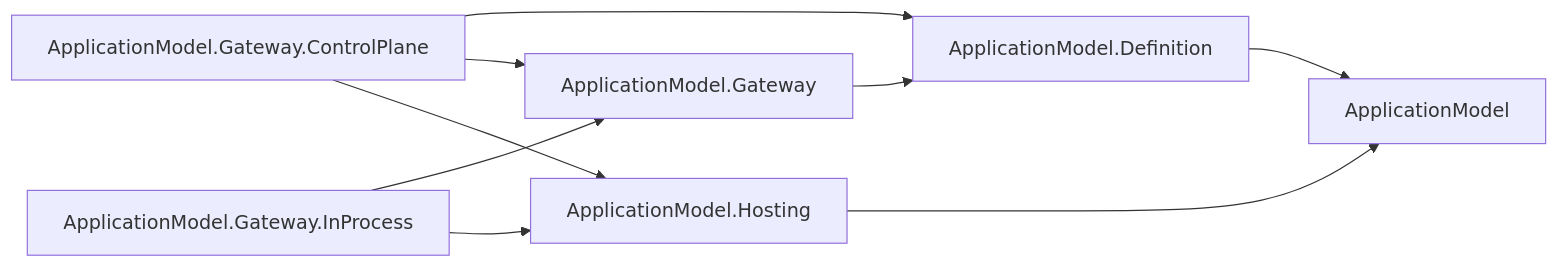
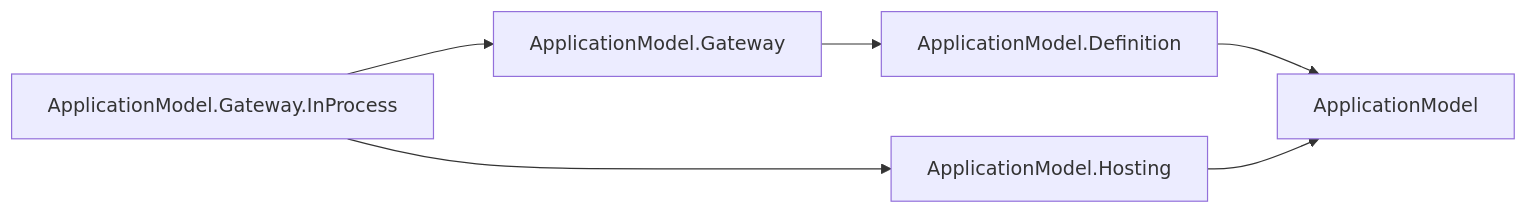
Before and after one commit to assimalign/cohesion: the second of 27 diagrams in docs/DEPENDENCIES.md, drawn with Mermaid. The commit also changed other lines of this file and 49 other files, not shown here.

First line of the commit message:
refactor(application-model): remove the retired gateway control plane

````diff
--- a/docs/DEPENDENCIES.md
+++ b/docs/DEPENDENCIES.md
@@ -161,17 +157,13 @@
 ```mermaid
 flowchart LR
     N0["ApplicationModel"]
     N1["ApplicationModel.Definition"]
     N2["ApplicationModel.Gateway"]
-    N3["ApplicationModel.Gateway.ControlPlane"]
-    N4["ApplicationModel.Gateway.InProcess"]
-    N5["ApplicationModel.Hosting"]
+    N3["ApplicationModel.Gateway.InProcess"]
+    N4["ApplicationModel.Hosting"]
     N1 --> N0
     N2 --> N1
-    N3 --> N1
     N3 --> N2
-    N3 --> N5
-    N4 --> N2
-    N4 --> N5
-    N5 --> N0
+    N3 --> N4
+    N4 --> N0
 ```
````
